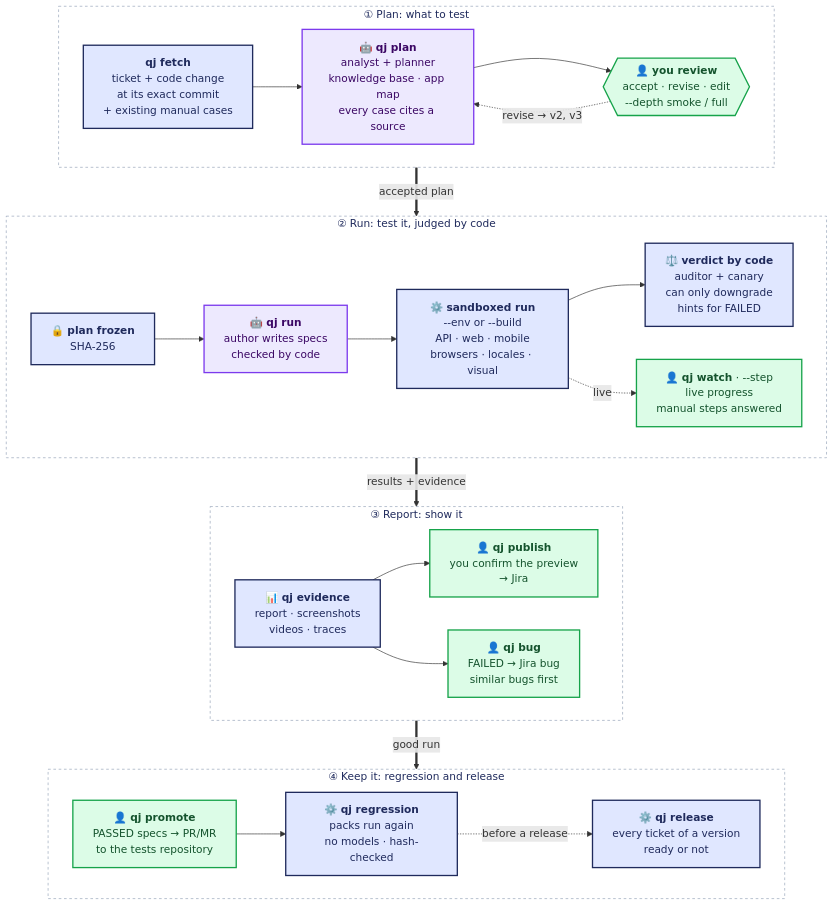
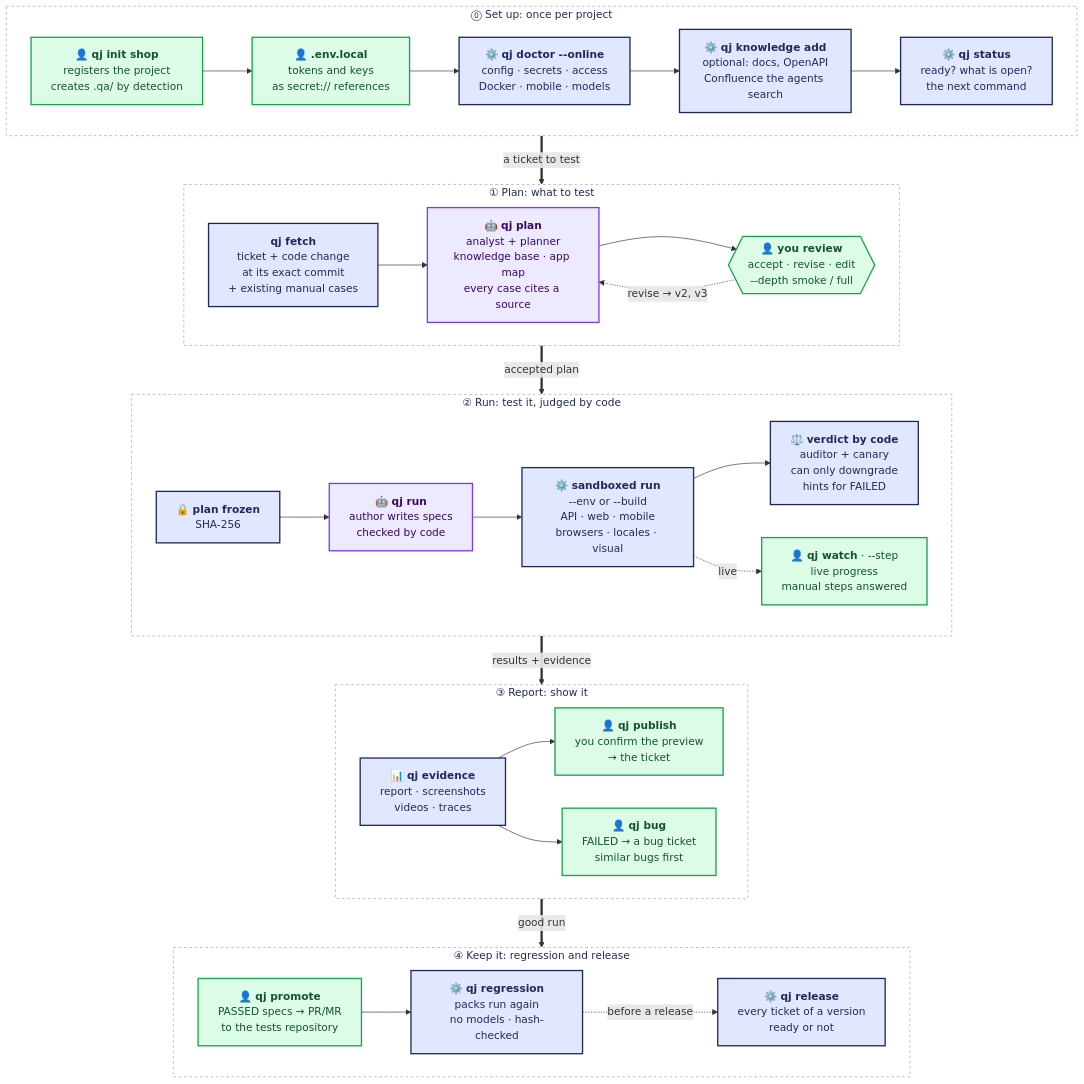
One commit to BogiLoco/qajitsu changed the diagram in docs/assets/qajitsu-flow.mmd. Above: the diagram before and after it, drawn with Mermaid. The commit also changed 2 other files, not shown here.

Commit message:
docs: setup stage (init, secrets, doctor, knowledge, status) in the flow diagram
Refs: REQ-NFR-03

```diff
--- a/docs/assets/qajitsu-flow.mmd
+++ b/docs/assets/qajitsu-flow.mmd
@@ -1,47 +1,57 @@
 flowchart TB
+    subgraph SETUP["⓪ Set up: once per project"]
+        direction LR
+        init["👤 <b>qj init shop</b><br/>registers the project<br/>creates .qa/ by detection"]
+        secrets["👤 <b>.env.local</b><br/>tokens and keys<br/>as secret:// references"]
+        doctor["⚙️ <b>qj doctor --online</b><br/>config · secrets · access<br/>Docker · mobile · models"]
+        knowledge["⚙️ <b>qj knowledge add</b><br/>optional: docs, OpenAPI<br/>Confluence the agents search"]
+        status["⚙️ <b>qj status</b><br/>ready? what is open?<br/>the next command"]
+        init --> secrets --> doctor --> knowledge --> status
+    end
     subgraph PLAN["① Plan: what to test"]
         direction LR
         fetch["<b>qj fetch</b><br/>ticket + code change<br/>at its exact commit<br/>+ existing manual cases"]
         plan["🤖 <b>qj plan</b><br/>analyst + planner<br/>knowledge base · app map<br/>every case cites a source"]
         review{{"👤 <b>you review</b><br/>accept · revise · edit<br/>--depth smoke / full"}}
         fetch --> plan --> review
         review -. "revise → v2, v3" .-> plan
     end
     subgraph RUN["② Run: test it, judged by code"]
         direction LR
         freeze["🔒 <b>plan frozen</b><br/>SHA-256"]
         author["🤖 <b>qj run</b><br/>author writes specs<br/>checked by code"]
         runner["⚙️ <b>sandboxed run</b><br/>--env or --build<br/>API · web · mobile<br/>browsers · locales · visual"]
         verdict["⚖️ <b>verdict by code</b><br/>auditor + canary<br/>can only downgrade<br/>hints for FAILED"]
         freeze --> author --> runner --> verdict
         watch["👤 <b>qj watch</b> · --step<br/>live progress<br/>manual steps answered"]
         runner -. "live" .-> watch
     end
     subgraph REPORT["③ Report: show it"]
         direction LR
         evidence["📊 <b>qj evidence</b><br/>report · screenshots<br/>videos · traces"]
-        publish["👤 <b>qj publish</b><br/>you confirm the preview<br/>→ Jira"]
-        bug["👤 <b>qj bug</b><br/>FAILED → Jira bug<br/>similar bugs first"]
+        publish["👤 <b>qj publish</b><br/>you confirm the preview<br/>→ the ticket"]
+        bug["👤 <b>qj bug</b><br/>FAILED → a bug ticket<br/>similar bugs first"]
         evidence --> publish
         evidence --> bug
     end
     subgraph KEEP["④ Keep it: regression and release"]
         direction LR
         promote["👤 <b>qj promote</b><br/>PASSED specs → PR/MR<br/>to the tests repository"]
         regression["⚙️ <b>qj regression</b><br/>packs run again<br/>no models · hash-checked"]
         release["⚙️ <b>qj release</b><br/>every ticket of a version<br/>ready or not"]
         promote --> regression
         regression -. "before a release" .-> release
     end
+    SETUP == "a ticket to test" ==> PLAN
     PLAN == "accepted plan" ==> RUN
     RUN == "results + evidence" ==> REPORT
     REPORT == "good run" ==> KEEP
 
     classDef human fill:#dcfce7,stroke:#16a34a,color:#14532d,stroke-width:2px
     classDef agent fill:#ede9fe,stroke:#7c3aed,color:#3b0764,stroke-width:2px
     classDef code fill:#e0e7ff,stroke:#1f2a5c,color:#1f2a5c,stroke-width:2px
     classDef stage fill:#ffffff,stroke:#94a3b8,color:#1f2a5c,stroke-dasharray:4 4
-    class review,publish,watch,bug,promote human
+    class init,secrets,review,publish,watch,bug,promote human
     class plan,author agent
-    class fetch,freeze,runner,verdict,evidence,regression,release code
-    class PLAN,RUN,REPORT,KEEP stage
+    class doctor,knowledge,status,fetch,freeze,runner,verdict,evidence,regression,release code
+    class SETUP,PLAN,RUN,REPORT,KEEP stage
```
